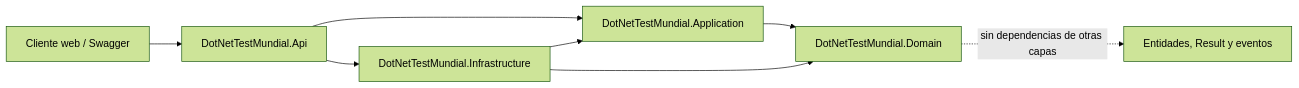
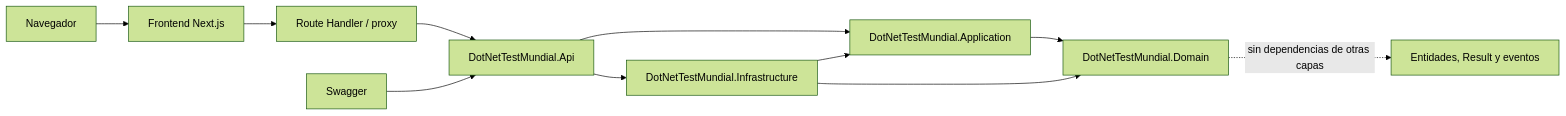
One commit to CabreraErick/DotNetTestMundialRepo changed the first of 3 diagrams in docs/architecture.md. Above: the diagram before and after it, drawn with Mermaid (forest theme). The commit also changed other lines of this file and 88 other files, not shown here.

```diff
--- a/docs/architecture.md
+++ b/docs/architecture.md
@@ -5,11 +5,14 @@
 ~~~mermaid
 flowchart LR
-    Client["Cliente web / Swagger"] --> Api["DotNetTestMundial.Api"]
+    Browser["Navegador"] --> Next["Frontend Next.js"]
+    Next --> Proxy["Route Handler / proxy"]
+    Proxy --> Api["DotNetTestMundial.Api"]
+    Swagger["Swagger"] --> Api
     Api --> Application["DotNetTestMundial.Application"]
     Api --> Infrastructure["DotNetTestMundial.Infrastructure"]
     Infrastructure --> Application
     Infrastructure --> Domain["DotNetTestMundial.Domain"]
     Application --> Domain
 
     Domain -. "sin dependencias de otras capas" .-> Rules["Entidades, Result y eventos"]
 ~~~
```
